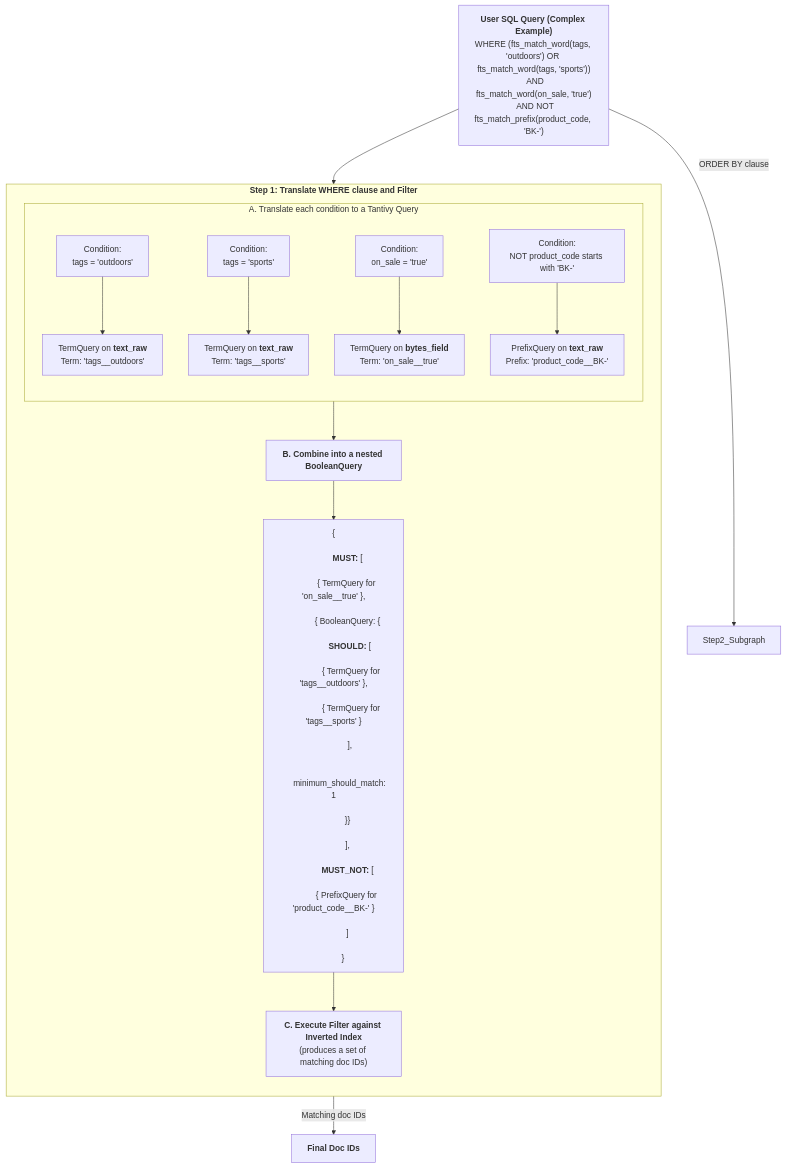
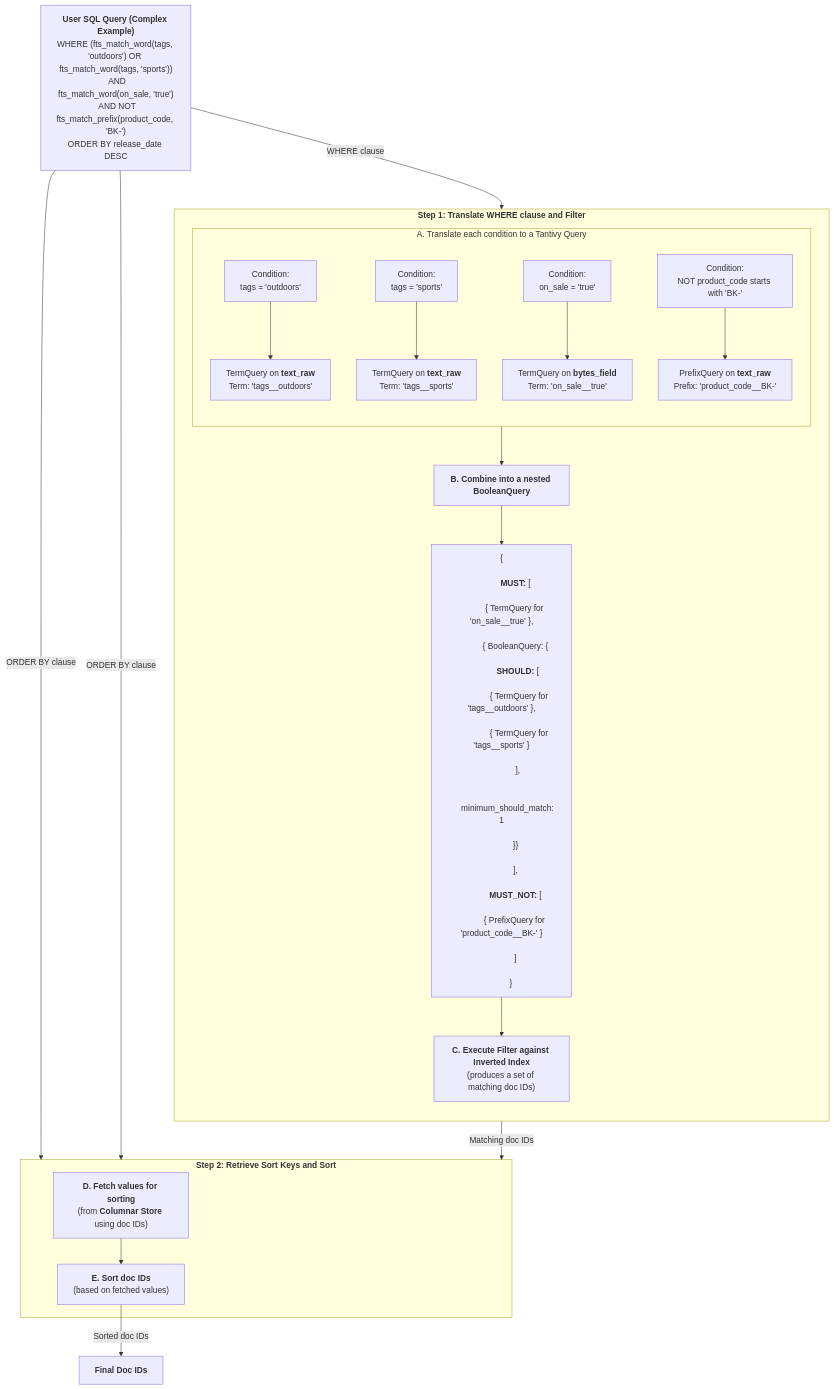
Before and after one commit to kolafish/tantivy: the second of 3 diagrams in TiCI_JSON_Support_Proposal.md, drawn with Mermaid.

````diff
--- a/TiCI_JSON_Support_Proposal.md
+++ b/TiCI_JSON_Support_Proposal.md
@@ -193,43 +193,52 @@
 ```mermaid
 graph TD
-    A["<b>User SQL Query (Complex Example)</b><br/>WHERE (fts_match_word(tags, 'outdoors') OR fts_match_word(tags, 'sports'))<br/>  AND fts_match_word(on_sale, 'true')<br/>  AND NOT fts_match_prefix(product_code, 'BK-')"]
+    A["<b>User SQL Query (Complex Example)</b><br/>WHERE (fts_match_word(tags, 'outdoors') OR fts_match_word(tags, 'sports'))<br/>  AND fts_match_word(on_sale, 'true')<br/>  AND NOT fts_match_prefix(product_code, 'BK-')<br/>ORDER BY release_date DESC"]
 
-    A --> Step1_Subgraph
+    A -- "WHERE clause" --> Step1_Subgraph
     A -- "ORDER BY clause" --> Step2_Subgraph
 
     subgraph Step1_Subgraph ["<b>Step 1: Translate WHERE clause and Filter</b>"]
         direction TB
 
         subgraph Translate_Subgraph ["A. Translate each condition to a Tantivy Query"]
             direction TD
             C["Condition:<br/>tags = 'outdoors'"] --> C_Out["TermQuery on <b>text_raw</b><br/>Term: 'tags__outdoors'"]
             D["Condition:<br/>tags = 'sports'"] --> D_Out["TermQuery on <b>text_raw</b><br/>Term: 'tags__sports'"]
             E["Condition:<br/>on_sale = 'true'"] --> E_Out["TermQuery on <b>bytes_field</b><br/>Term: 'on_sale__true'"]
             F["Condition:<br/>NOT product_code starts with 'BK-'"] --> F_Out["PrefixQuery on <b>text_raw</b><br/>Prefix: 'product_code__BK-'"]
         end
 
         Translate_Subgraph --> G["<b>B. Combine into a nested BooleanQuery</b>"]
         
         G --> H["
         {<br/>
           &nbsp;&nbsp;<b>MUST:</b> [<br/>
         &nbsp;&nbsp;&nbsp;&nbsp;{ TermQuery for 'on_sale__true' },<br/>
         &nbsp;&nbsp;&nbsp;&nbsp;{ BooleanQuery: {<br/>
         &nbsp;&nbsp;&nbsp;&nbsp;&nbsp;&nbsp;<b>SHOULD:</b> [<br/>
         &nbsp;&nbsp;&nbsp;&nbsp;&nbsp;&nbsp;&nbsp;&nbsp;{ TermQuery for 'tags__outdoors' },<br/>
         &nbsp;&nbsp;&nbsp;&nbsp;&nbsp;&nbsp;&nbsp;&nbsp;{ TermQuery for 'tags__sports' }<br/>
         &nbsp;&nbsp;&nbsp;&nbsp;&nbsp;&nbsp;],<br/>
         &nbsp;&nbsp;&nbsp;&nbsp;&nbsp;&nbsp;minimum_should_match: 1<br/>
         &nbsp;&nbsp;&nbsp;&nbsp;}}<br/>
           &nbsp;&nbsp;],<br/>
           &nbsp;&nbsp;<b>MUST_NOT:</b> [<br/>
         &nbsp;&nbsp;&nbsp;&nbsp;{ PrefixQuery for 'product_code__BK-' }<br/>
           &nbsp;&nbsp;]<br/>
         }
         "]
         
         H --> I["<b>C. Execute Filter against Inverted Index</b><br/>(produces a set of matching doc IDs)"]
     end
 
-    I -- "Matching doc IDs" --> J["<B>Final Doc IDs</B>"]
+    A -- "ORDER BY clause" --> Step2_Subgraph
+    I -- "Matching doc IDs" --> Step2_Subgraph
+
+    subgraph Step2_Subgraph ["<b>Step 2: Retrieve Sort Keys and Sort</b>"]
+        K["<b>D. Fetch values for sorting</b><br/>(from <b>Columnar Store</b> using doc IDs)"]
+        L["<b>E. Sort doc IDs</b><br/>(based on fetched values)"]
+        K --> L
+    end
+
+    L -- "Sorted doc IDs" --> J["<b>Final Doc IDs</b>"]
 ```
````
